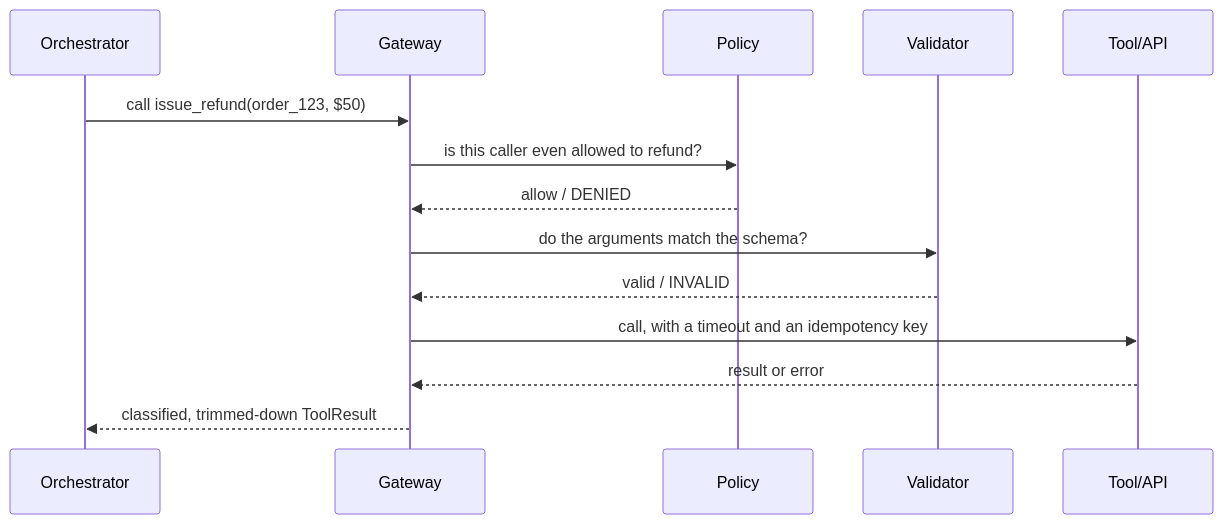
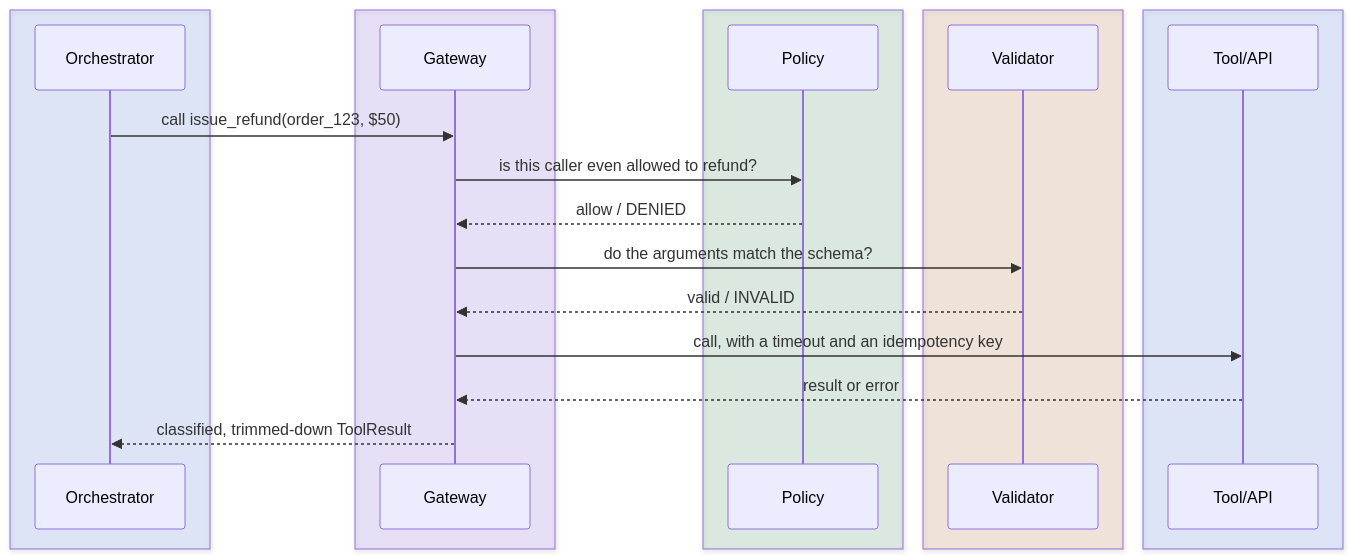
Before and after one commit to Sourav692/Forward-Deployed-Engineer-Interview-Prep: the sixth of 6 diagrams in site/content/modules/15-fde-case-studies/agents-that-act/sre-incident-response-agent/full-pack-part-2.md, drawn with Mermaid. The commit also changed other lines of this file and 1268 other files, not shown here.

First line of the commit message:
content: polish Casebook writing and Mermaid diagrams (#251)

````diff
--- a/site/content/modules/15-fde-case-studies/agents-that-act/sre-incident-response-agent/full-pack-part-2.md
+++ b/site/content/modules/15-fde-case-studies/agents-that-act/sre-incident-response-agent/full-pack-part-2.md
@@ -150,16 +222,26 @@
 ```mermaid
 sequenceDiagram
-    participant O as Orchestrator
-    participant G as Gateway
-    participant P as Policy
-    participant V as Validator
-    participant T as Tool/API
+    box rgba(37,99,235,0.12)
+        participant O as Orchestrator
+    end
+    box rgba(124,58,237,0.12)
+        participant G as Gateway
+    end
+    box rgba(21,128,61,0.12)
+        participant P as Policy
+    end
+    box rgba(180,83,9,0.12)
+        participant V as Validator
+    end
+    box rgba(37,99,235,0.12)
+        participant T as Tool/API
+    end
     O->>G: call issue_refund(order_123, $50)
     G->>P: is this caller even allowed to refund?
     P-->>G: allow / DENIED
     G->>V: do the arguments match the schema?
     V-->>G: valid / INVALID
     G->>T: call, with a timeout and an idempotency key
     T-->>G: result or error
     G-->>O: classified, trimmed-down ToolResult
 ```
````
